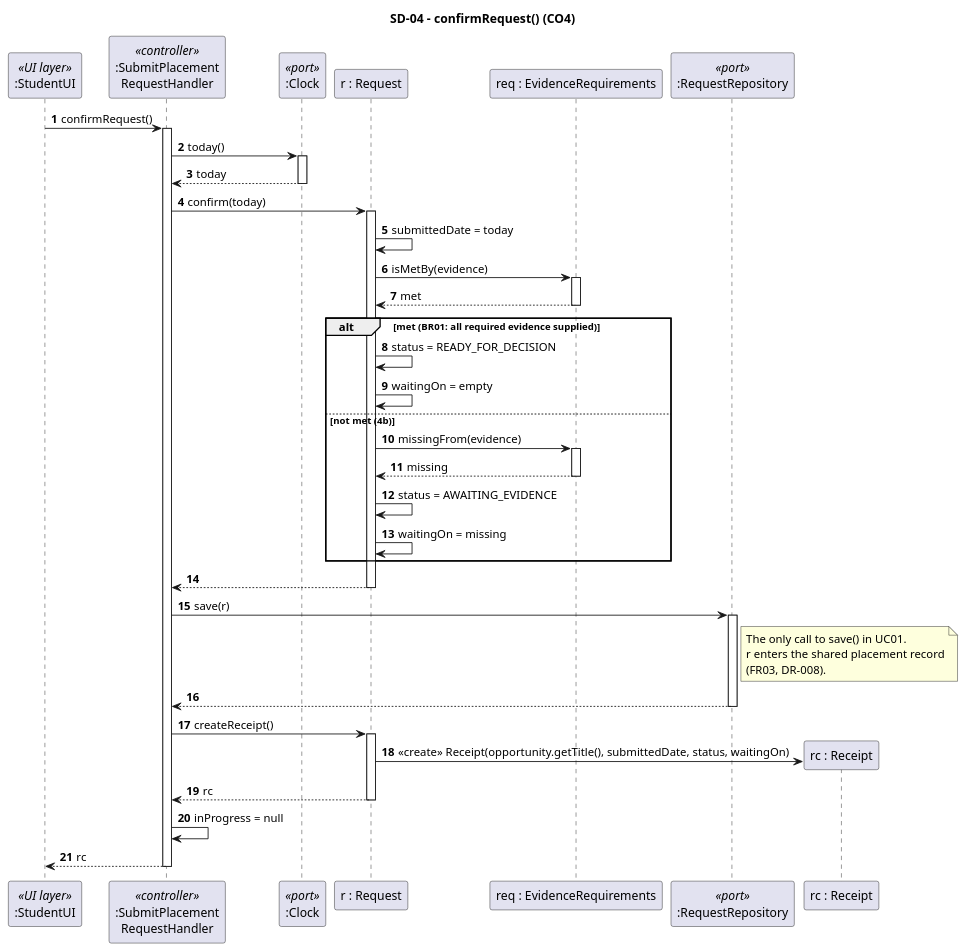
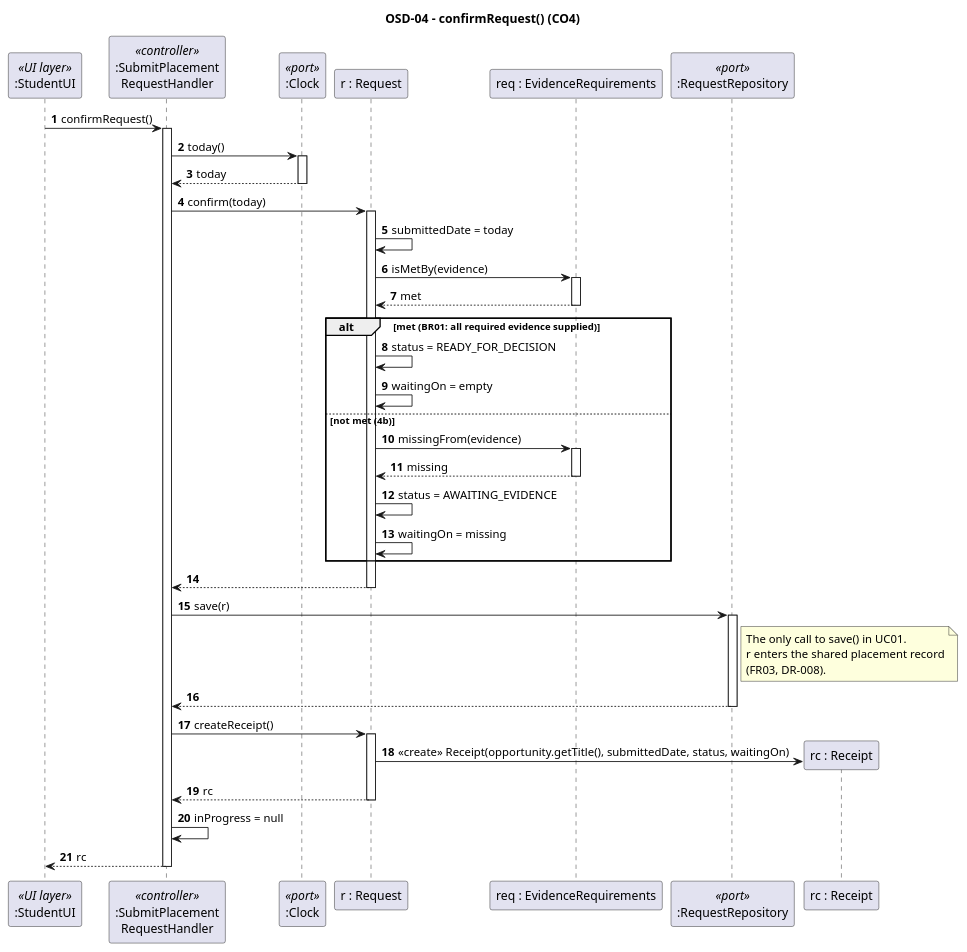
The diagram in CA2/diagrams/UC01-SD-04-confirmRequest.puml (dan-1379/OOAD-CA1-Analysis), drawn with PlantUML before and after one commit. The commit also changed 17 other files, not shown here.

```diff
--- a/CA2/diagrams/UC01-SD-04-confirmRequest.puml
+++ b/CA2/diagrams/UC01-SD-04-confirmRequest.puml
@@ -1,67 +1,67 @@
 @startuml sd-04-confirm-request
-' SD-04 - confirmRequest (CO4)
+' OSD-04 - confirmRequest (CO4)
 ' Linked to: UC01 steps 5-7 and exception 4b, SSD-01 inner alt, CO4, BR01, SC01-SC04
-title SD-04 – confirmRequest() (CO4)
+title OSD-04 – confirmRequest() (CO4)
 
 skinparam sequenceMessageAlign left
 autonumber
 
 participant ":StudentUI" as UI <<UI layer>>
 participant ":SubmitPlacement\nRequestHandler" as H <<controller>>
 participant ":Clock" as C <<port>>
 participant "r : Request" as R
 participant "req : EvidenceRequirements" as ER
 participant ":RequestRepository" as RR <<port>>
 
 UI -> H : confirmRequest()
 activate H
 
 H -> C : today()
 activate C
 C --> H : today
 deactivate C
 
 H -> R : confirm(today)
 activate R
 R -> R : submittedDate = today
 R -> ER : isMetBy(evidence)
 activate ER
 ER --> R : met
 deactivate ER
 
 alt met (BR01: all required evidence supplied)
   R -> R : status = READY_FOR_DECISION
   R -> R : waitingOn = empty
 else not met (4b)
   R -> ER : missingFrom(evidence)
   activate ER
   ER --> R : missing
   deactivate ER
   R -> R : status = AWAITING_EVIDENCE
   R -> R : waitingOn = missing
 end
 R --> H
 deactivate R
 
 H -> RR : save(r)
 activate RR
 note right of RR
   The only call to save() in UC01.
   r enters the shared placement record
   (FR03, DR-008).
 end note
 RR --> H
 deactivate RR
 
 H -> R : createReceipt()
 activate R
 create "rc : Receipt" as RC
 R -> RC : <<create>> Receipt(opportunity.getTitle(), submittedDate, status, waitingOn)
 R --> H : rc
 deactivate R
 
 H -> H : inProgress = null
 
 H --> UI : rc
 deactivate H
 @enduml
```
